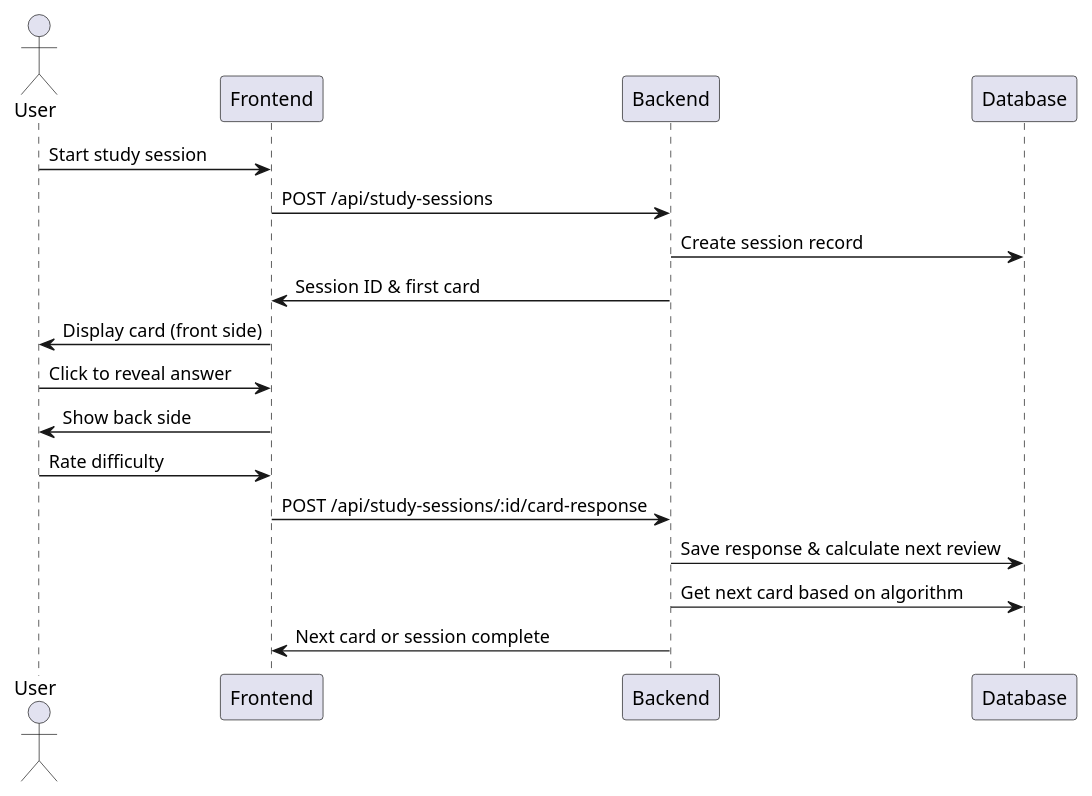
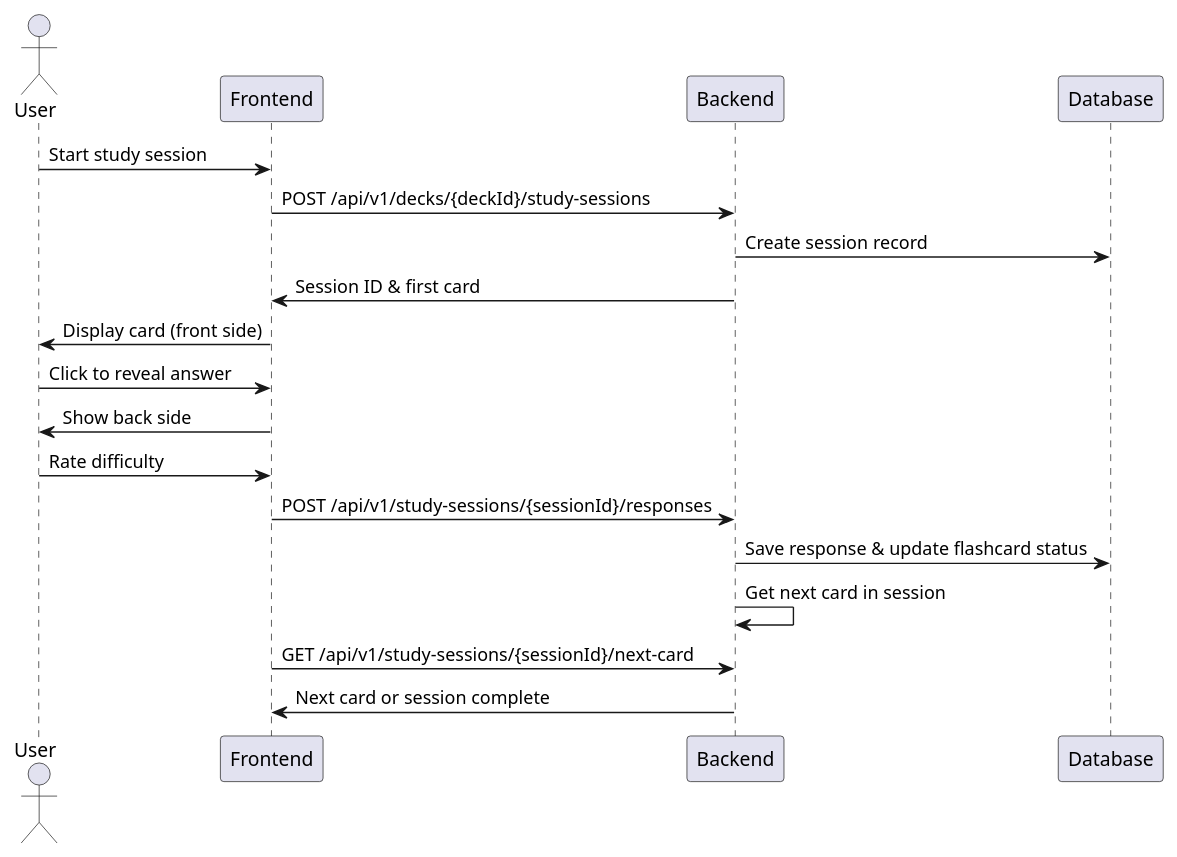
The first of 2 diagrams in flashcard-management-plan.md (spaced-repetition-app/backend), drawn with PlantUML before and after one commit. The commit also changed other lines of this file and 1 other file, not shown here.

````diff
--- a/flashcard-management-plan.md
+++ b/flashcard-management-plan.md
@@ -311,23 +305,24 @@
 ```plantuml
 @startuml
 actor User
 participant Frontend
 participant Backend
 participant Database
 
 User -> Frontend: Start study session
-Frontend -> Backend: POST /api/study-sessions
+Frontend -> Backend: POST /api/v1/decks/{deckId}/study-sessions
 Backend -> Database: Create session record
 Backend -> Frontend: Session ID & first card
 Frontend -> User: Display card (front side)
 
 User -> Frontend: Click to reveal answer
 Frontend -> User: Show back side
 
 User -> Frontend: Rate difficulty
-Frontend -> Backend: POST /api/study-sessions/:id/card-response
-Backend -> Database: Save response & calculate next review
-Backend -> Database: Get next card based on algorithm
+Frontend -> Backend: POST /api/v1/study-sessions/{sessionId}/responses
+Backend -> Database: Save response & update flashcard status
+Backend -> Backend: Get next card in session
+Frontend -> Backend: GET /api/v1/study-sessions/{sessionId}/next-card
 Backend -> Frontend: Next card or session complete
 @enduml
 ```
````
